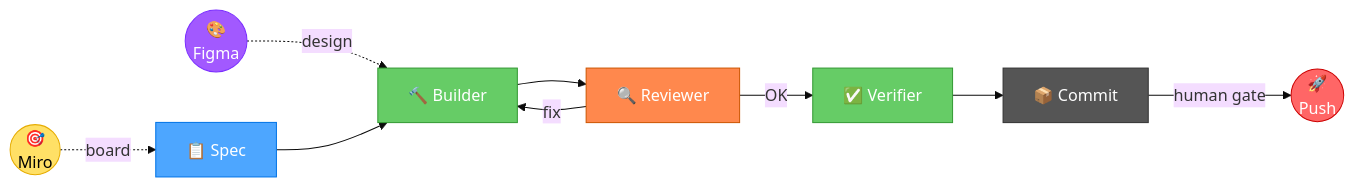
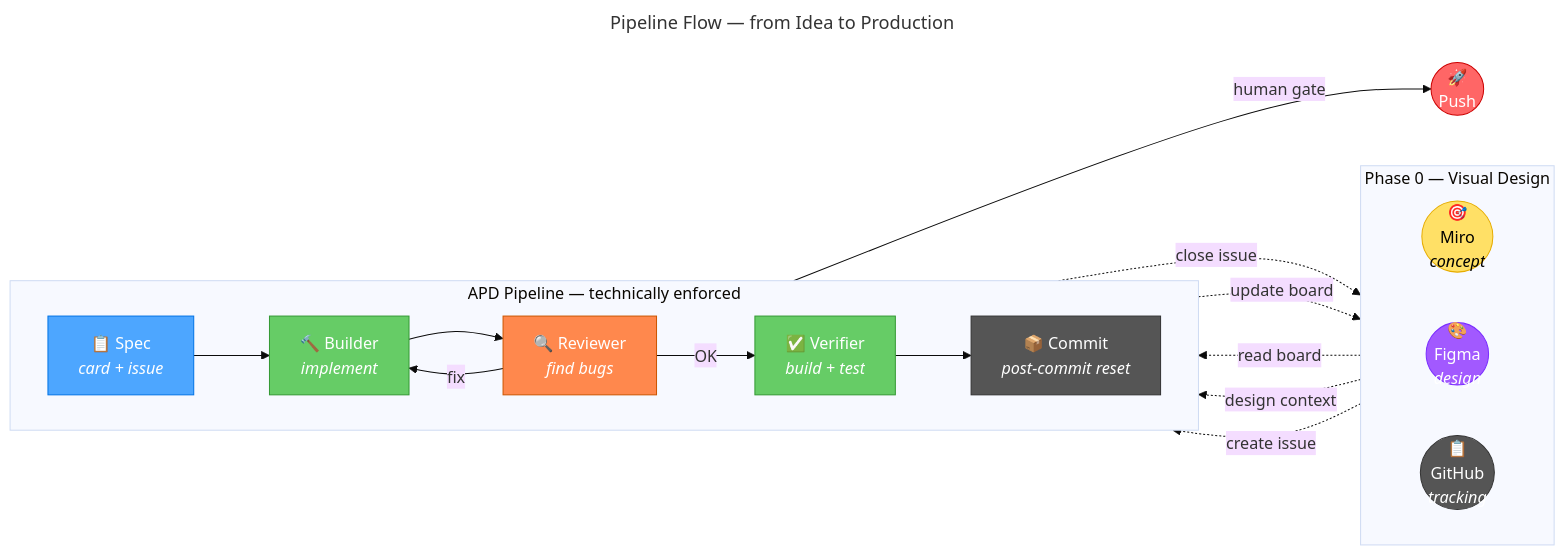
The second of 2 diagrams in README.md (zstevovich/claude-apd), drawn with Mermaid (base theme) before and after one commit. The commit also changed other lines of this file and 2 other files, not shown here.

First line of the commit message:
feat: new architecture diagrams (20 patterns grid) + gitignore cleanup

````diff
--- a/README.md
+++ b/README.md
@@ -16,21 +84,44 @@
 ```mermaid
+---
+title: "Pipeline Flow — from Idea to Production"
+---
 graph LR
-    MIRO(("🎯<br/>Miro")) -.->|board| SPEC
-    FIGMA(("🎨<br/>Figma")) -.->|design| BUILDER
+    subgraph upstream ["Phase 0 — Visual Design"]
+        direction LR
+        MIRO(("🎯<br/>Miro<br/><i>concept</i>"))
+        FIGMA(("🎨<br/>Figma<br/><i>design</i>"))
+        GHP(("📋<br/>GitHub<br/><i>tracking</i>"))
+    end
 
-    SPEC["📋 Spec"] --> BUILDER["🔨 Builder"]
-    BUILDER --> REVIEWER["🔍 Reviewer"]
-    REVIEWER -->|OK| VERIFIER["✅ Verifier"]
-    REVIEWER -->|fix| BUILDER
-    VERIFIER --> COMMIT["📦 Commit"]
-    COMMIT -->|human gate| PUSH(("🚀<br/>Push"))
+    subgraph pipeline ["APD Pipeline — technically enforced"]
+        direction LR
+        SPEC["📋 Spec<br/><i>card + issue</i>"]
+        BUILDER["🔨 Builder<br/><i>implement</i>"]
+        REVIEWER["🔍 Reviewer<br/><i>find bugs</i>"]
+        VERIFIER["✅ Verifier<br/><i>build + test</i>"]
+        COMMIT["📦 Commit<br/><i>post-commit reset</i>"]
+    end
+
+    MIRO -.->|"read board"| SPEC
+    FIGMA -.->|"design context"| BUILDER
+    GHP -.->|"create issue"| SPEC
+
+    SPEC --> BUILDER
+    BUILDER --> REVIEWER
+    REVIEWER -->|"OK"| VERIFIER
+    REVIEWER -->|"fix"| BUILDER
+    VERIFIER --> COMMIT
+    COMMIT -->|"human gate"| PUSH(("🚀<br/>Push"))
+    COMMIT -.->|"close issue"| GHP
+    COMMIT -.->|"update board"| MIRO
 
     style MIRO fill:#ffe066,stroke:#e6ac00,color:#000
     style FIGMA fill:#a259ff,stroke:#7b2eff,color:#fff
+    style GHP fill:#555,stroke:#333,color:#fff
     style SPEC fill:#4da6ff,stroke:#0073e6,color:#fff
     style BUILDER fill:#66cc66,stroke:#339933,color:#fff
     style REVIEWER fill:#ff884d,stroke:#cc5500,color:#fff
     style VERIFIER fill:#66cc66,stroke:#339933,color:#fff
     style COMMIT fill:#555,stroke:#333,color:#fff
     style PUSH fill:#ff6666,stroke:#cc0000,color:#fff
 ```
````
